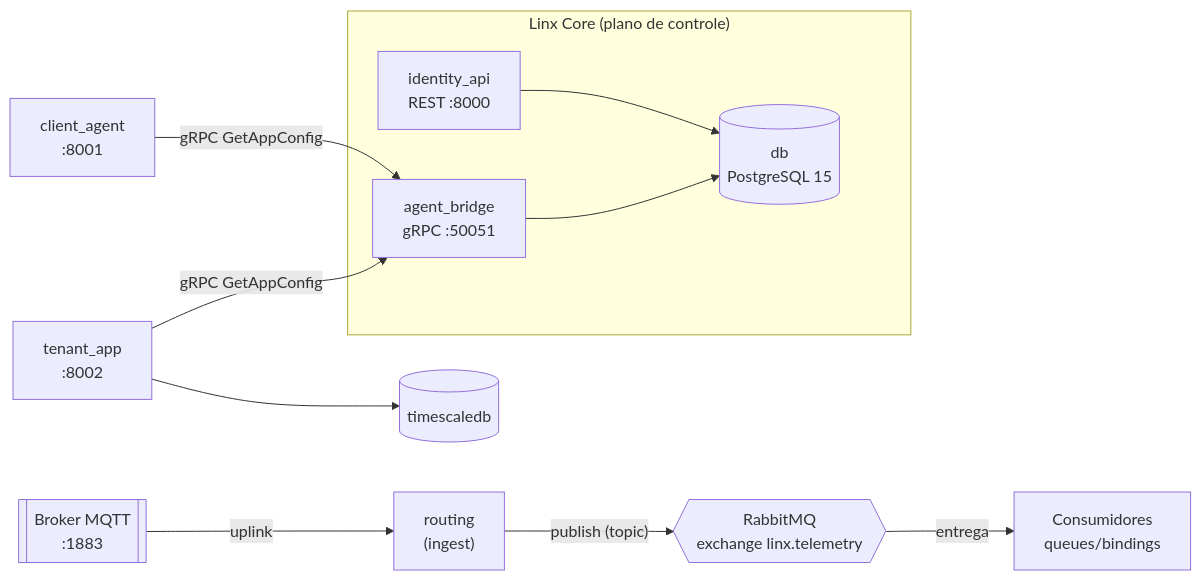
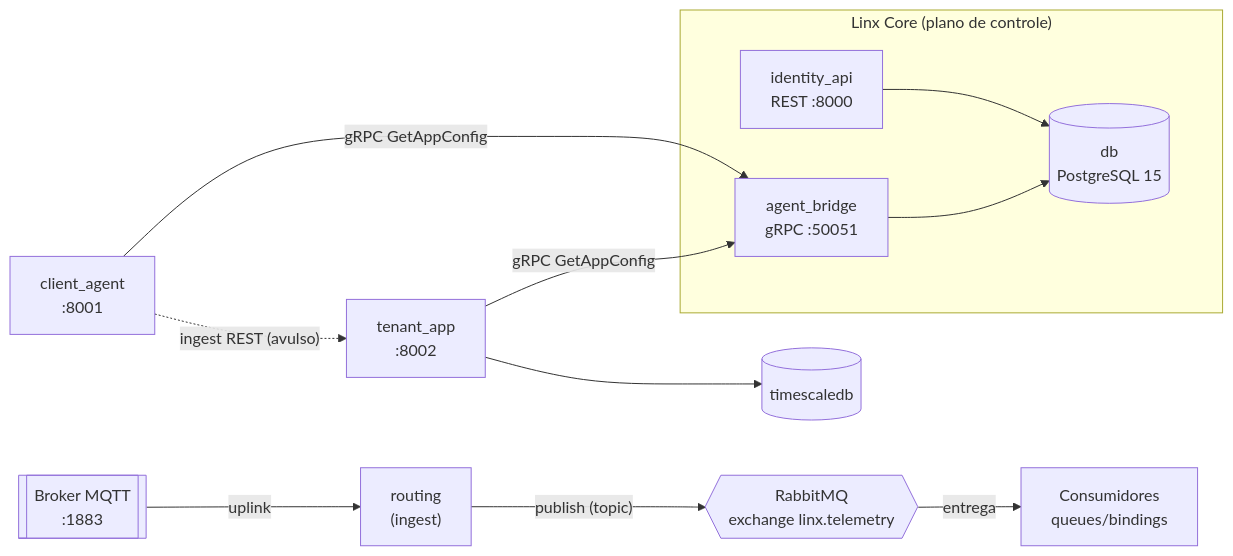
The first of 3 diagrams in docs/comunicacao_entre_servicos.md (IncludeLuisFerreira/LINX-LoRaWAN-Intelligence-Nexus), drawn with Mermaid before and after one commit. The commit also changed other lines of this file and 3 other files, not shown here.

````diff
--- a/docs/comunicacao_entre_servicos.md
+++ b/docs/comunicacao_entre_servicos.md
@@ -41,25 +41,26 @@
 ```mermaid
 flowchart LR
     subgraph SaaS["Linx Core (plano de controle)"]
         ID["identity_api<br/>REST :8000"]
         AB["agent_bridge<br/>gRPC :50051"]
         DB[("db<br/>PostgreSQL 15")]
         ID --> DB
         AB --> DB
     end
 
     MQTT[["Broker MQTT<br/>:1883"]]
     RT["routing<br/>(ingest)"]
     RMQ{{"RabbitMQ<br/>exchange linx.telemetry"}}
     CA["client_agent<br/>:8001"]
     TA["tenant_app<br/>:8002"]
     TS[("timescaledb")]
     CO["Consumidores<br/>queues/bindings"]
 
     MQTT -- "uplink" --> RT
     RT -- "publish (topic)" --> RMQ
     RMQ -- "entrega" --> CO
     CA -- "gRPC GetAppConfig" --> AB
     TA -- "gRPC GetAppConfig" --> AB
+    CA -. "ingest REST (avulso)" .-> TA
     TA --> TS
 ```
````
